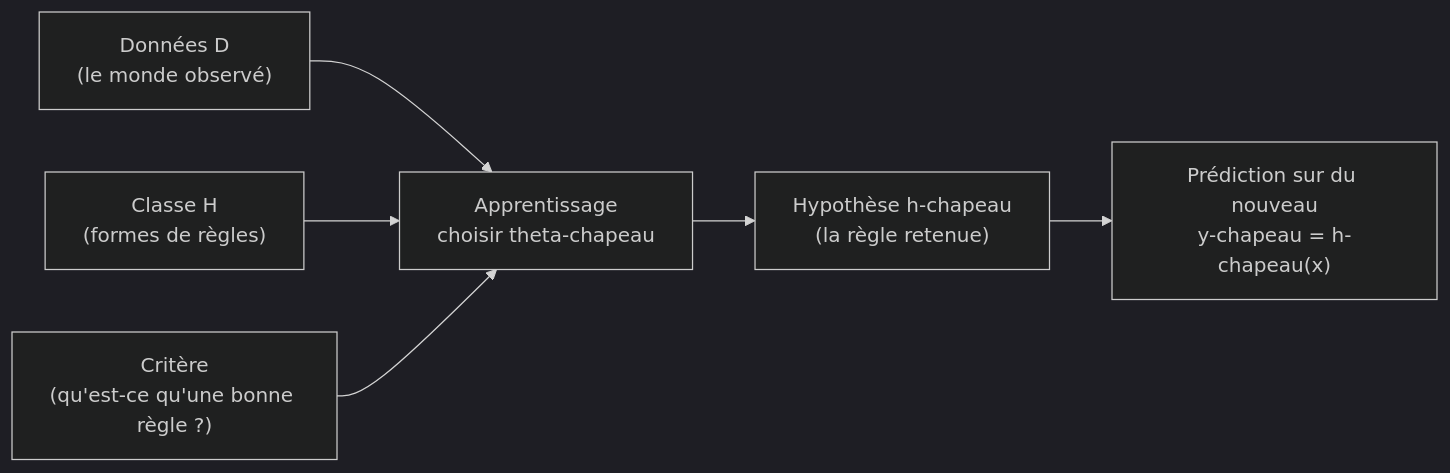
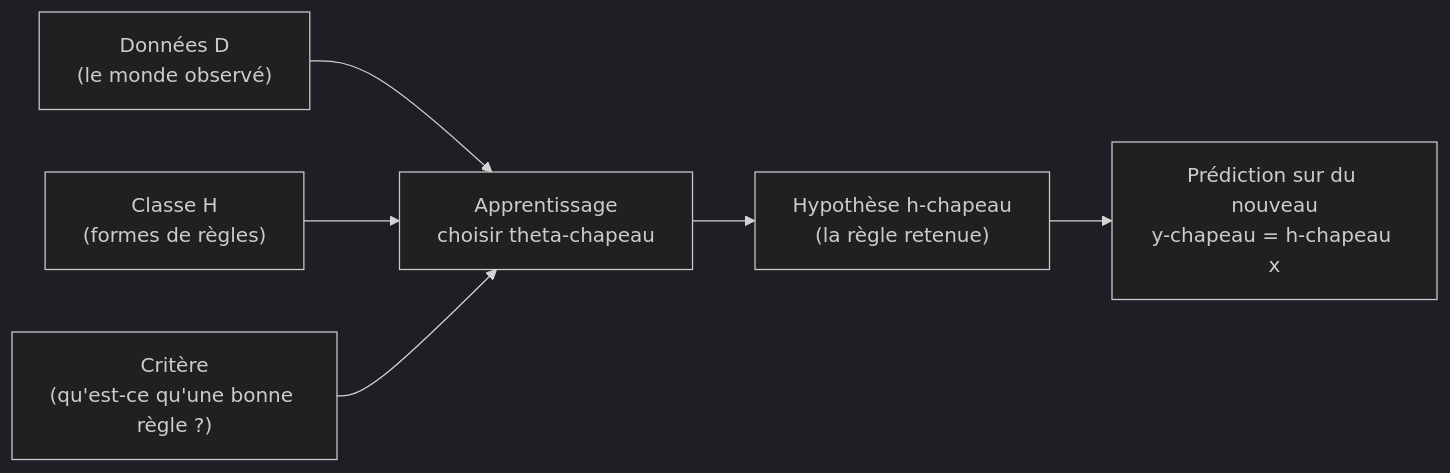
One commit to tanguychenier/Mathematiques-pour-le-Machine-Learning changed the first of 6 diagrams in chapitres/08-modeles-et-donnees.md. Above: the diagram before and after it, drawn with Mermaid (dark theme). The commit also changed other lines of this file and 6 other files, not shown here.

Commit message:
fix: repair Mermaid diagrams (drop function-call parens and asterisks from labels)

````diff
--- a/chapitres/08-modeles-et-donnees.md
+++ b/chapitres/08-modeles-et-donnees.md
@@ -64,8 +64,8 @@
 ```mermaid
 flowchart LR
     A["Données D<br/>(le monde observé)"] --> D["Apprentissage<br/>choisir theta-chapeau"]
     B["Classe H<br/>(formes de règles)"] --> D
     C["Critère<br/>(qu'est-ce qu'une bonne règle ?)"] --> D
     D --> E["Hypothèse h-chapeau<br/>(la règle retenue)"]
-    E --> F["Prédiction sur du nouveau<br/>y-chapeau = h-chapeau(x)"]
+    E --> F["Prédiction sur du nouveau<br/>y-chapeau = h-chapeau x"]
 ```
````
